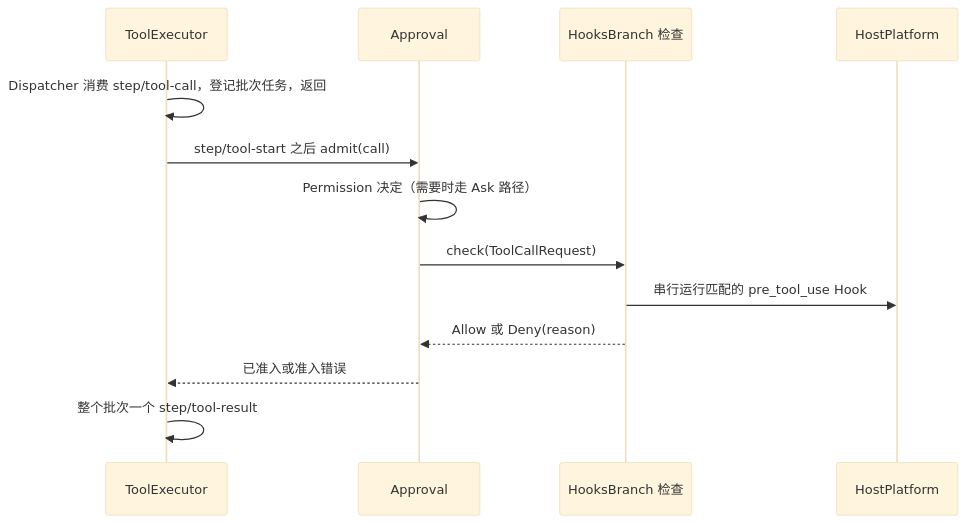
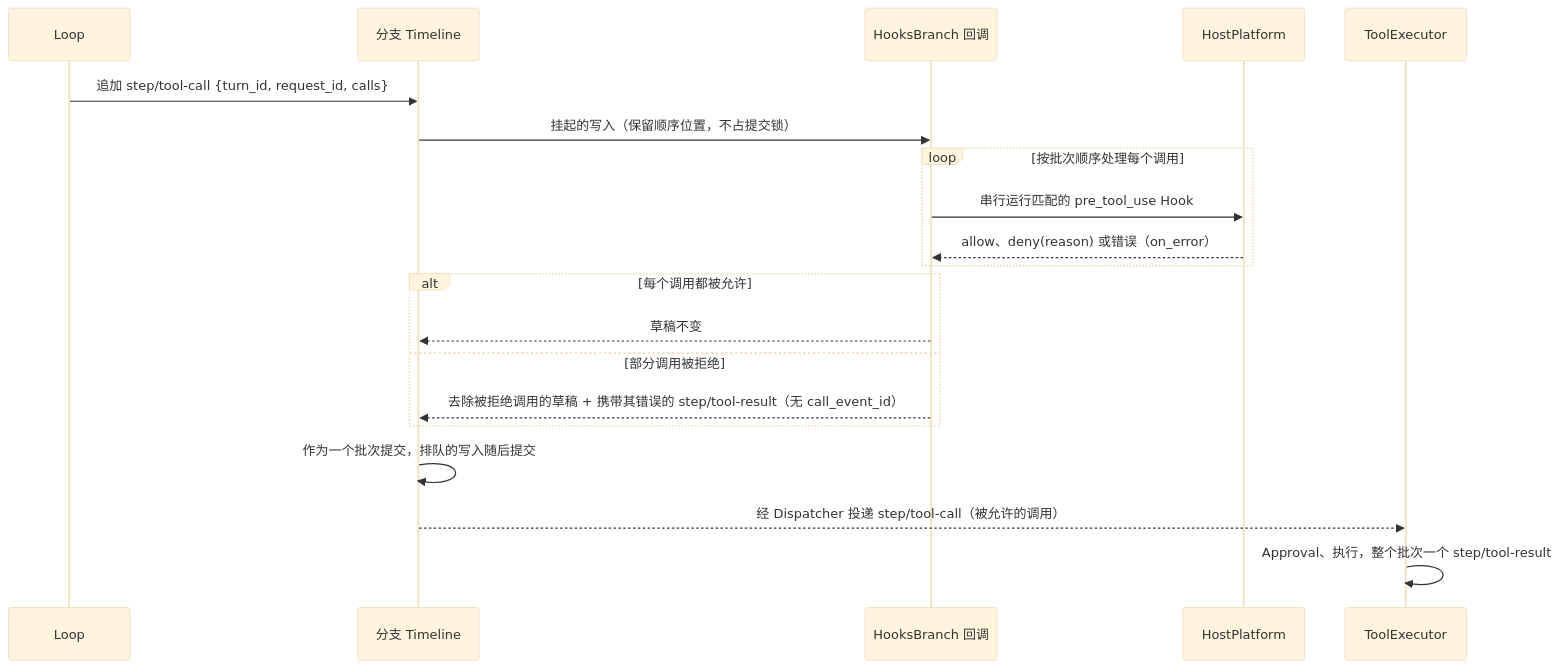
One commit to CoutinhoTTS/dim-agent changed the third of 7 diagrams in docs/zh/design/plugins/Hooks.md. Above: the diagram before and after it, drawn with Mermaid (base theme). The commit also changed other lines of this file and 18 other files, not shown here.

````diff
--- a/docs/zh/design/plugins/Hooks.md
+++ b/docs/zh/design/plugins/Hooks.md
@@ -75,15 +74,22 @@
 ```mermaid
 sequenceDiagram
+  participant LP as Loop
+  participant TL as 分支 Timeline
+  participant HB as HooksBranch 回调
+  participant HP as HostPlatform
   participant TE as ToolExecutor
-  participant AP as Approval
-  participant HB as HooksBranch 检查
-  participant HP as HostPlatform
-  TE->>TE: Dispatcher 消费 step/tool-call，登记批次任务，返回
-  TE->>AP: step/tool-start 之后 admit(call)
-  AP->>AP: Permission 决定（需要时走 Ask 路径）
-  AP->>HB: check(ToolCallRequest)
-  HB->>HP: 串行运行匹配的 pre_tool_use Hook
-  HB-->>AP: Allow 或 Deny(reason)
-  AP-->>TE: 已准入或准入错误
-  TE->>TE: 整个批次一个 step/tool-result
+  LP->>TL: 追加 step/tool-call {turn_id, request_id, calls}
+  TL->>HB: 挂起的写入（保留顺序位置，不占提交锁）
+  loop 按批次顺序处理每个调用
+    HB->>HP: 串行运行匹配的 pre_tool_use Hook
+    HP-->>HB: allow、deny(reason) 或错误（on_error）
+  end
+  alt 每个调用都被允许
+    HB-->>TL: 草稿不变
+  else 部分调用被拒绝
+    HB-->>TL: 去除被拒绝调用的草稿 + 携带其错误的 step/tool-result（无 call_event_id）
+  end
+  TL->>TL: 作为一个批次提交，排队的写入随后提交
+  TL-->>TE: 经 Dispatcher 投递 step/tool-call（被允许的调用）
+  TE->>TE: Approval、执行，整个批次一个 step/tool-result
 ```
````
